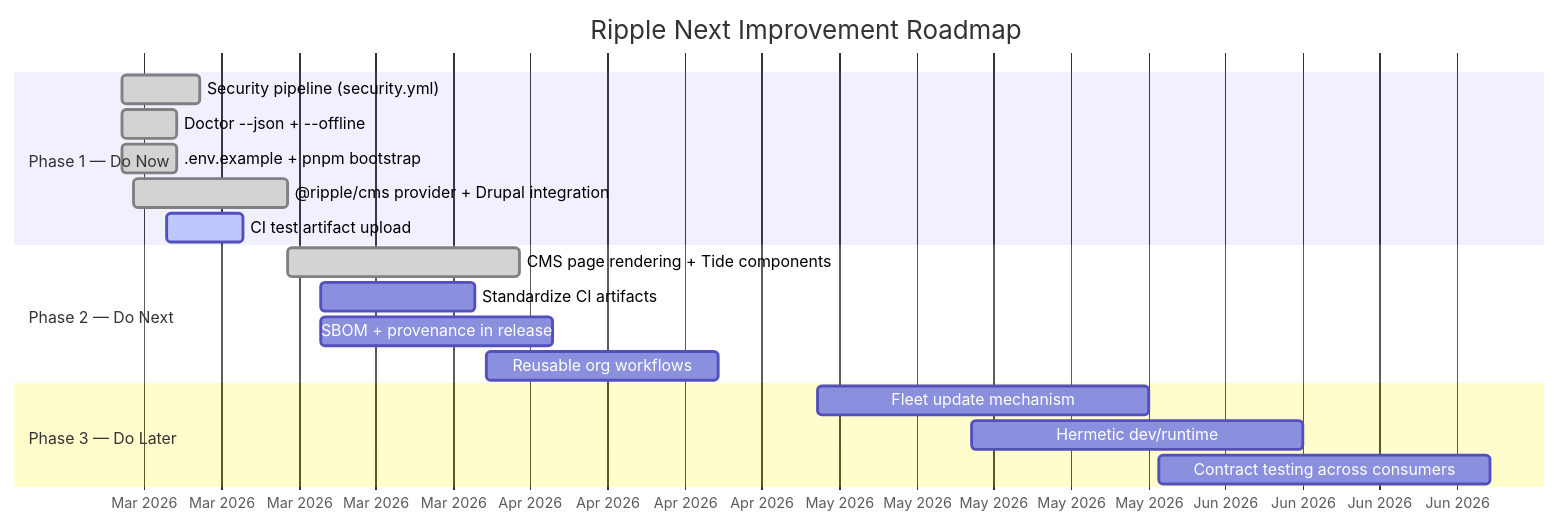
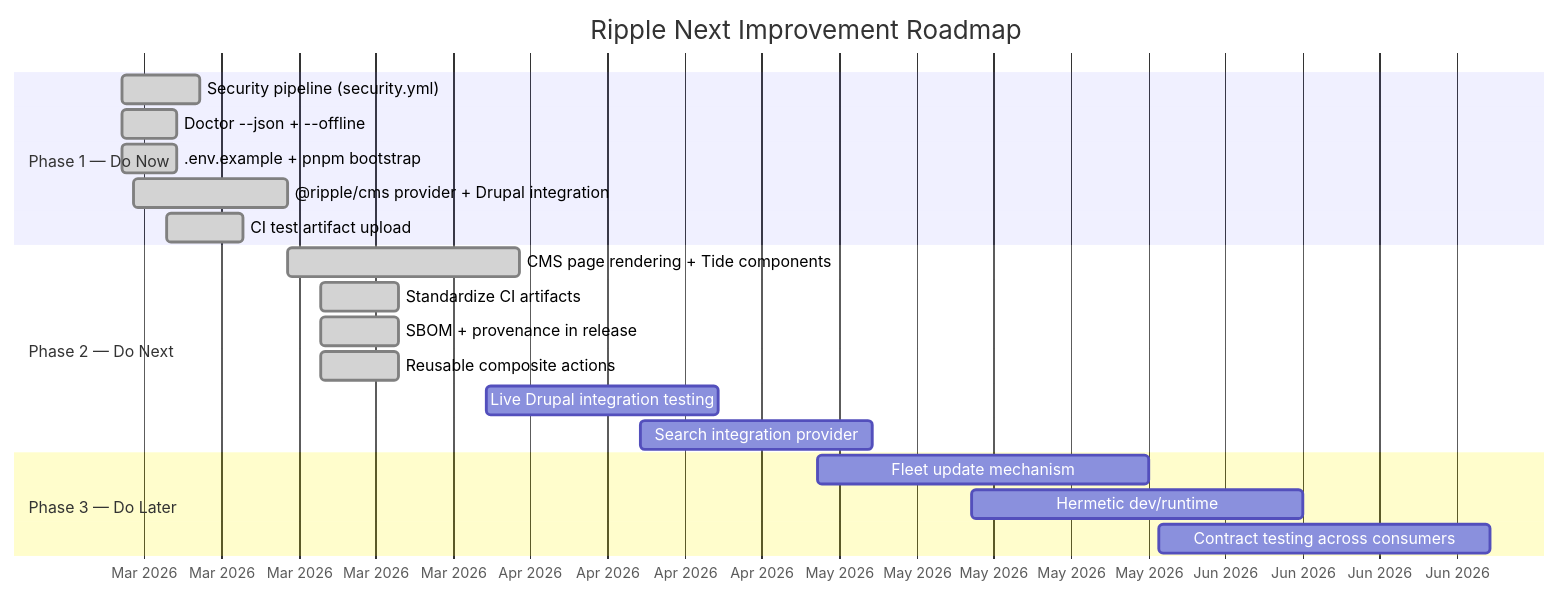
Before and after one commit to jbejenar/ripple-next: the eighth of 10 diagrams in docs/product-roadmap/README.md, drawn with Mermaid. The commit also changed other lines of this file and 9 other files, not shown here.

First line of the commit message:
feat: CI observability, SBOM provenance, and reusable composite actions

````diff
--- a/docs/product-roadmap/README.md
+++ b/docs/product-roadmap/README.md
@@ -436,24 +461,26 @@
 ```mermaid
 gantt
     title Ripple Next Improvement Roadmap
     dateFormat YYYY-MM-DD
     axisFormat %b %Y
 
     section Phase 1 — Do Now
     Security pipeline (security.yml)           :done, sec, 2026-02-27, 7d
     Doctor --json + --offline                  :done, doc, 2026-02-27, 5d
     .env.example + pnpm bootstrap              :done, env, 2026-02-27, 5d
     @ripple/cms provider + Drupal integration  :done, cms, 2026-02-28, 14d
-    CI test artifact upload                    :active, art, 2026-03-03, 7d
+    CI test artifact upload                    :done, art, 2026-03-03, 7d
 
     section Phase 2 — Do Next
     CMS page rendering + Tide components       :done, cms2, 2026-03-14, 21d
-    Standardize CI artifacts                   :ci, 2026-03-17, 14d
-    SBOM + provenance in release               :sbom, 2026-03-17, 21d
-    Reusable org workflows                     :reuse, 2026-04-01, 21d
+    Standardize CI artifacts                   :done, ci_art, 2026-03-17, 7d
+    SBOM + provenance in release               :done, sbom, 2026-03-17, 7d
+    Reusable composite actions                 :done, reuse, 2026-03-17, 7d
+    Live Drupal integration testing            :drupal, 2026-04-01, 21d
+    Search integration provider                :search, 2026-04-15, 21d
 
     section Phase 3 — Do Later
     Fleet update mechanism                     :fleet, 2026-05-01, 30d
     Hermetic dev/runtime                       :hermetic, 2026-05-15, 30d
     Contract testing across consumers          :contract, 2026-06-01, 30d
 ```
````
